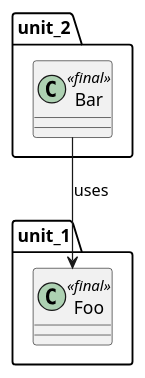
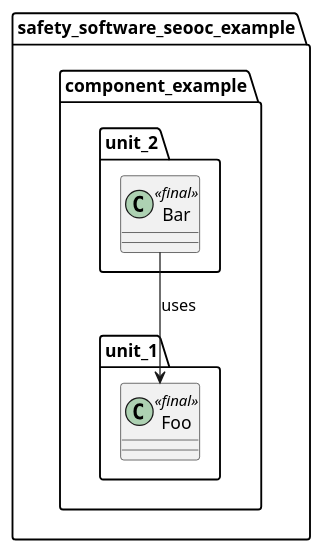
One commit to eclipse-score/tooling changed the diagram in bazel/rules/rules_score/examples/seooc/unit_2/docs/unit_2_overview.puml. Above: the diagram before and after it, drawn with PlantUML. The commit also changed 55 other files, not shown here.

Commit message:
add architectural unit

```diff
--- a/bazel/rules/rules_score/examples/seooc/unit_2/docs/unit_2_overview.puml
+++ b/bazel/rules/rules_score/examples/seooc/unit_2/docs/unit_2_overview.puml
@@ -14,17 +14,21 @@
 @startuml unit_2_overview
 
 ' Overview of the `static` view of unit_2: namespaces and the relationship.
 ' All classes are references (no body); `Bar` is elaborated in
 ' unit_2_class_diagram.puml, `Foo` is owned and elaborated by unit_1.
 
-namespace unit_1 {
-    class Foo <<final>>
-}
+namespace safety_software_seooc_example {
+    namespace component_example {
+        namespace unit_1 {
+            class Foo <<final>>
+        }
 
-namespace unit_2 {
-    class Bar <<final>>
+        namespace unit_2 {
+            class Bar <<final>>
+        }
+    }
 }
 
 Bar --> Foo : uses
 
 @enduml
```
